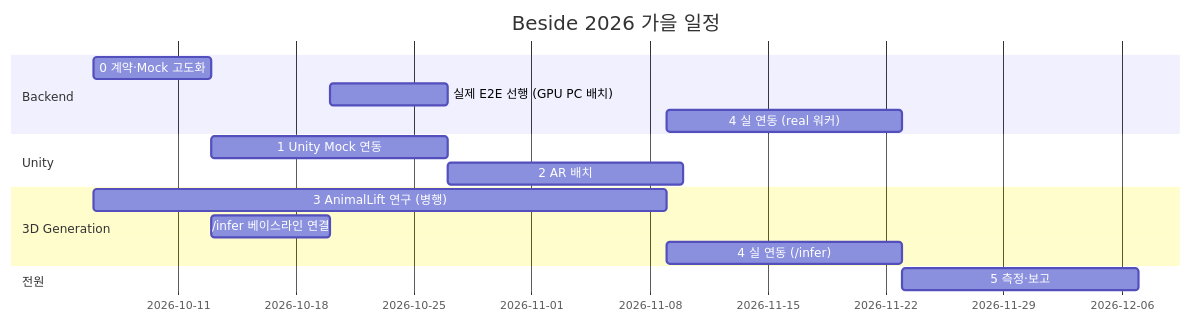
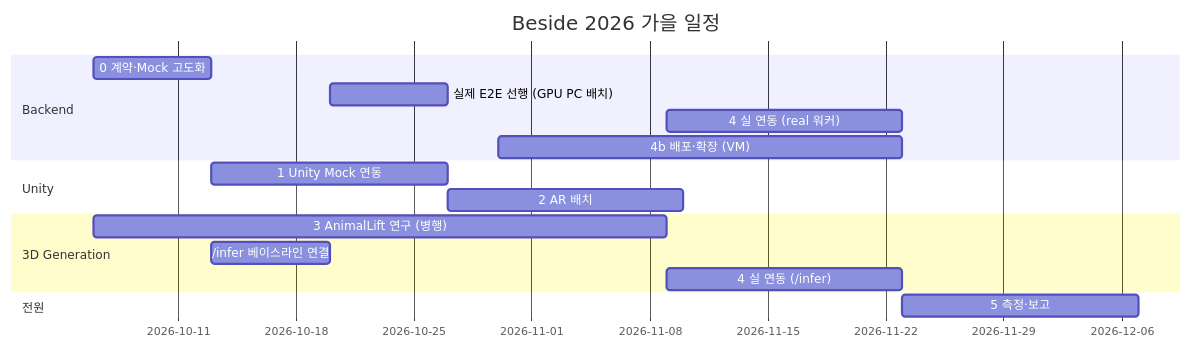
Before and after one commit to minwoo3717/Beside: the diagram in docs/PLAN.md, drawn with Mermaid. The commit also changed other lines of this file and 2 other files, not shown here.

````diff
--- a/docs/PLAN.md
+++ b/docs/PLAN.md
@@ -17,18 +17,19 @@
 ```mermaid
 gantt
     dateFormat  YYYY-MM-DD
     title Beside 2026 가을 일정
     section Backend
     0 계약·Mock 고도화        :s0, 2026-10-06, 7d
     실제 E2E 선행 (GPU PC 배치) :s4a, 2026-10-20, 7d
     4 실 연동 (real 워커)      :s4b, 2026-11-09, 14d
+    4b 배포·확장 (VM)          :s4c, 2026-10-30, 24d
     section Unity
     1 Unity Mock 연동          :s1, 2026-10-13, 14d
     2 AR 배치                  :s2, 2026-10-27, 14d
     section 3D Generation
     3 AnimalLift 연구 (병행)   :s3, 2026-10-06, 34d
     /infer 베이스라인 연결      :s3b, 2026-10-13, 7d
     4 실 연동 (/infer)         :s4g, 2026-11-09, 14d
     section 전원
     5 측정·보고                :s5, 2026-11-23, 14d
 ```
````
